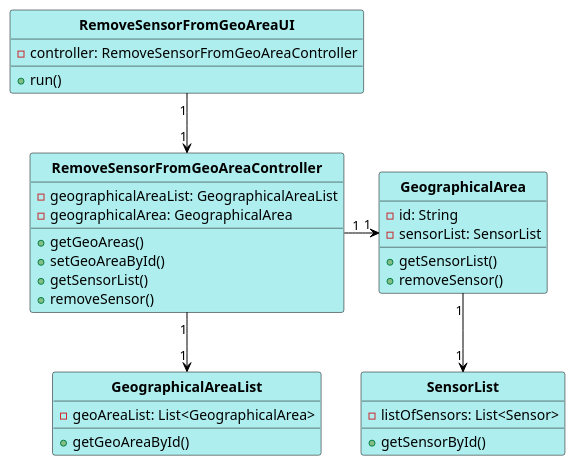
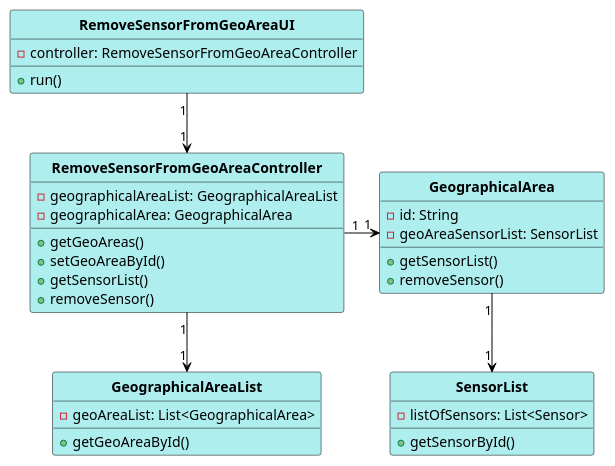
Before and after one commit to 1181687/hateoasToy: the diagram in src/main/java/pt/ipp/isep/dei/project/controllers/removesensorfromgeoareacontroller/CD_RemoveSensorFromGeoArea.puml, drawn with PlantUML. The commit also changed 20 other files, not shown here.

Commit message:
addresses #149 [related to #157]: persistence of SensorRoom and SensorRoomList

```diff
--- a/src/main/java/pt/ipp/isep/dei/project/controllers/removesensorfromgeoareacontroller/CD_RemoveSensorFromGeoArea.puml
+++ b/src/main/java/pt/ipp/isep/dei/project/controllers/removesensorfromgeoareacontroller/CD_RemoveSensorFromGeoArea.puml
@@ -1,48 +1,48 @@
 @startuml
 skinparam linetype ortho
 
 skinparam class {
 	BackgroundColor PaleTurquoise
 	ArrowColor Black
 	BorderColor Black
 	FontStyle Bold
 }
 
 hide circle
 
 RemoveSensorFromGeoAreaUI "1" -down-> "1" RemoveSensorFromGeoAreaController
 RemoveSensorFromGeoAreaController "1" -down-> "1" GeographicalAreaList
 RemoveSensorFromGeoAreaController "1" -> "1" GeographicalArea
 GeographicalArea "1" --> "1" SensorList
 
 Class RemoveSensorFromGeoAreaUI {
 -controller: RemoveSensorFromGeoAreaController
 +run()
 }
 
 Class RemoveSensorFromGeoAreaController {
 -geographicalAreaList: GeographicalAreaList
 -geographicalArea: GeographicalArea
 +getGeoAreas()
 +setGeoAreaById()
 +getSensorList()
 +removeSensor()
 }
 
 Class GeographicalAreaList {
 -geoAreaList: List<GeographicalArea>
 +getGeoAreaById()
 }
 
 Class GeographicalArea {
 -id: String
--sensorList: SensorList
+-geoAreaSensorList: SensorList
 +getSensorList()
 +removeSensor()
 }
 
 Class SensorList {
 -listOfSensors: List<Sensor>
 +getSensorById()
 }
 @enduml
```
